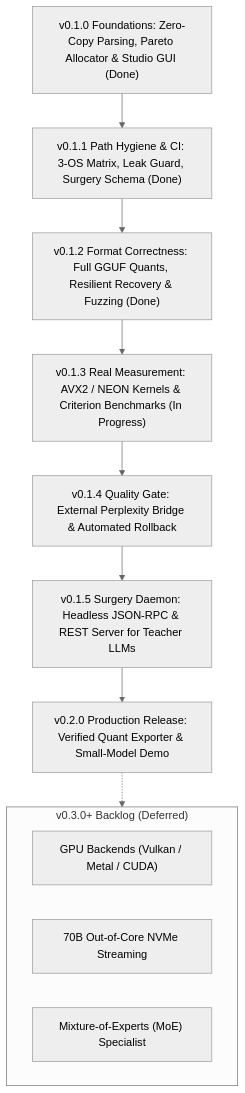
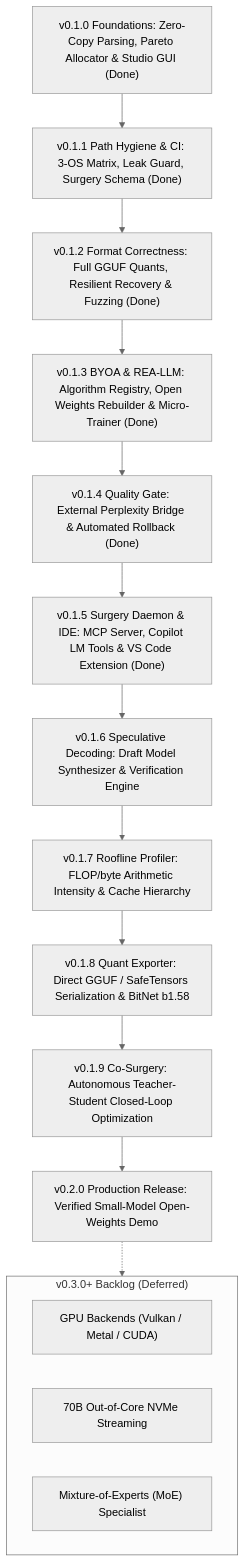
The diagram in README.md (EdEpiphanes/THME-Epiphanes), drawn with Mermaid (neutral theme) before and after one commit. The commit also changed other lines of this file and 18 other files, not shown here.

Commit message:
feat(vscode): add VS Code extension, Copilot language model tools & MCP server

````diff
--- a/README.md
+++ b/README.md
@@ -239,20 +293,24 @@
 ```mermaid
 flowchart TD
     v010["v0.1.0 Foundations: Zero-Copy Parsing, Pareto Allocator & Studio GUI (Done)"]
     v011["v0.1.1 Path Hygiene & CI: 3-OS Matrix, Leak Guard, Surgery Schema (Done)"]
     v012["v0.1.2 Format Correctness: Full GGUF Quants, Resilient Recovery & Fuzzing (Done)"]
-    v013["v0.1.3 Real Measurement: AVX2 / NEON Kernels & Criterion Benchmarks (In Progress)"]
-    v014["v0.1.4 Quality Gate: External Perplexity Bridge & Automated Rollback"]
-    v015["v0.1.5 Surgery Daemon: Headless JSON-RPC & REST Server for Teacher LLMs"]
-    v020["v0.2.0 Production Release: Verified Quant Exporter & Small-Model Demo"]
+    v013["v0.1.3 BYOA & REA-LLM: Algorithm Registry, Open Weights Rebuilder & Micro-Trainer (Done)"]
+    v014["v0.1.4 Quality Gate: External Perplexity Bridge & Automated Rollback (Done)"]
+    v015["v0.1.5 Surgery Daemon & IDE: MCP Server, Copilot LM Tools & VS Code Extension (Done)"]
+    v016["v0.1.6 Speculative Decoding: Draft Model Synthesizer & Verification Engine"]
+    v017["v0.1.7 Roofline Profiler: FLOP/byte Arithmetic Intensity & Cache Hierarchy"]
+    v018["v0.1.8 Quant Exporter: Direct GGUF / SafeTensors Serialization & BitNet b1.58"]
+    v019["v0.1.9 Co-Surgery: Autonomous Teacher-Student Closed-Loop Optimization"]
+    v020["v0.2.0 Production Release: Verified Small-Model Open-Weights Demo"]
 
-    v010 --> v011 --> v012 --> v013 --> v014 --> v015 --> v020
+    v010 --> v011 --> v012 --> v013 --> v014 --> v015 --> v016 --> v017 --> v018 --> v019 --> v020
 
     subgraph Backlog_v03 ["v0.3.0+ Backlog (Deferred)"]
         v031["GPU Backends (Vulkan / Metal / CUDA)"]
         v032["70B Out-of-Core NVMe Streaming"]
         v033["Mixture-of-Experts (MoE) Specialist"]
     end
 
     v020 -.-> Backlog_v03
 ```
````
